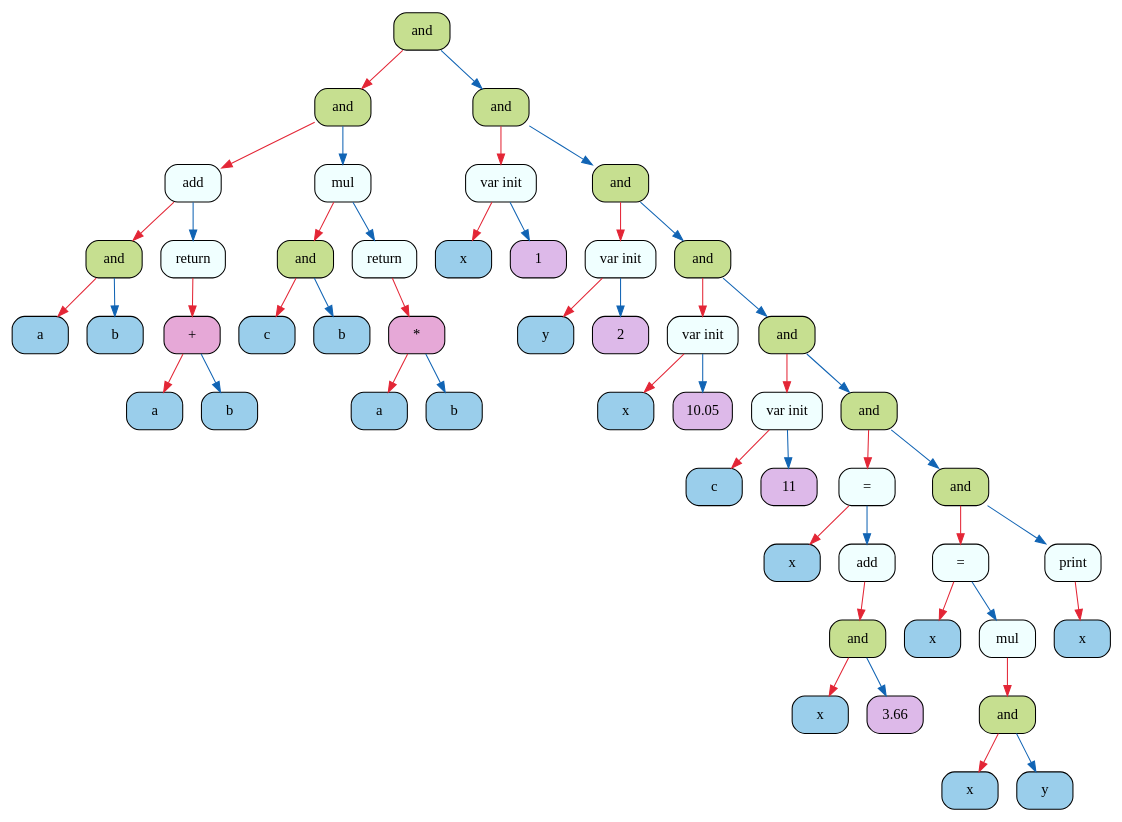
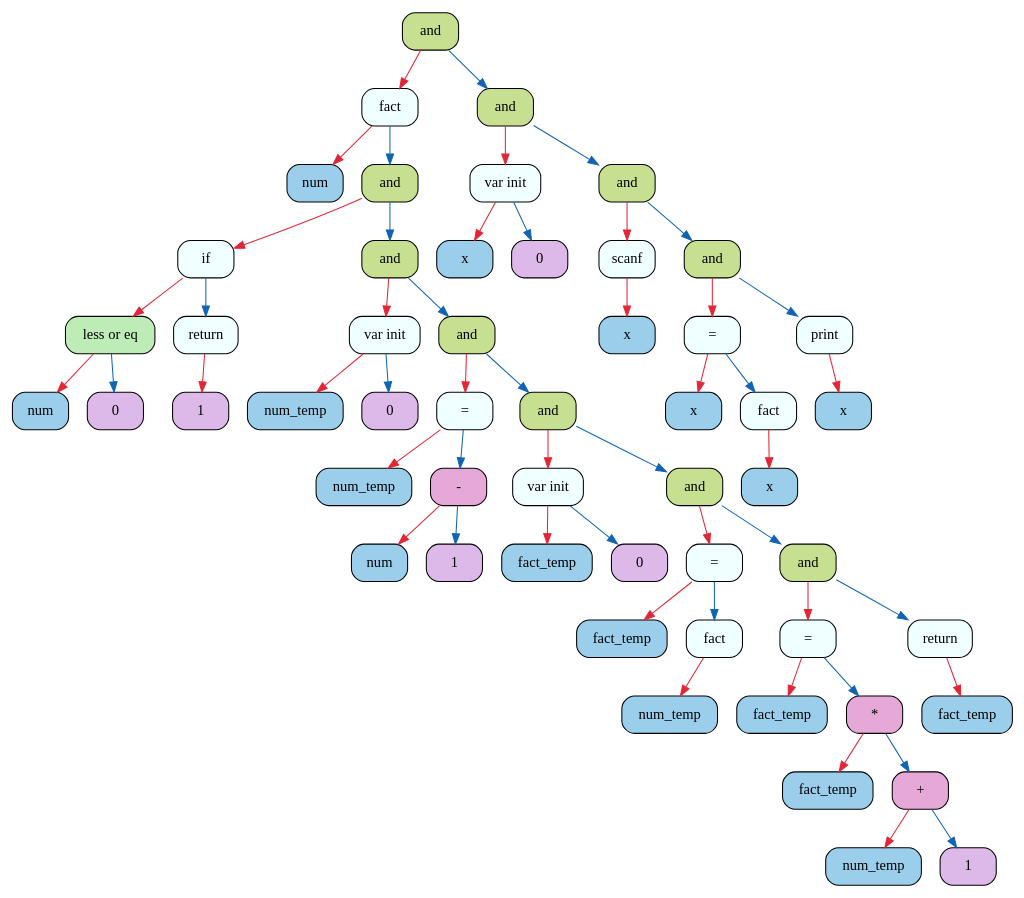
Before and after one commit to 2APetrin/MIPT_language: the diagram in frontend/logs/log_graphviz.dot, drawn with Graphviz. The commit also changed 50 other files, not shown here.

```diff
--- a/frontend/logs/log_graphviz.dot
+++ b/frontend/logs/log_graphviz.dot
@@ -1,102 +1,108 @@
 digraph
 {
+    node_0x606000001700[shape = Mrecord, label = "{{and}}", style = "filled", fillcolor = "#C6DF90"];
+    node_0x606000001a60[shape = Mrecord, label = "{{fact}}", style = "filled", fillcolor = "#F0FFFF"];
+    node_0x606000001ac0[shape = Mrecord, label = "{{num}}", style = "filled", fillcolor = "#9ACEEB"];
+    node_0x606000001b20[shape = Mrecord, label = "{{and}}", style = "filled", fillcolor = "#C6DF90"];
+    node_0x606000001b80[shape = Mrecord, label = "{{if}}", style = "filled", fillcolor = "#F0FFFF"];
+    node_0x606000001be0[shape = Mrecord, label = "{{less or eq}}", style = "filled", fillcolor = "#BDECB6"];
+    node_0x606000001c40[shape = Mrecord, label = "{{num}}", style = "filled", fillcolor = "#9ACEEB"];
+    node_0x606000001ca0[shape = Mrecord, label = "{{0}}", style = "filled", fillcolor = "#DDB9E9"];
+    node_0x606000001d00[shape = Mrecord, label = "{{return}}", style = "filled", fillcolor = "#F0FFFF"];
+    node_0x606000001d60[shape = Mrecord, label = "{{1}}", style = "filled", fillcolor = "#DDB9E9"];
+    node_0x606000001dc0[shape = Mrecord, label = "{{and}}", style = "filled", fillcolor = "#C6DF90"];
+    node_0x606000001e20[shape = Mrecord, label = "{{var init}}", style = "filled", fillcolor = "#F0FFFF"];
+    node_0x606000001e80[shape = Mrecord, label = "{{num_temp}}", style = "filled", fillcolor = "#9ACEEB"];
+    node_0x606000001ee0[shape = Mrecord, label = "{{0}}", style = "filled", fillcolor = "#DDB9E9"];
+    node_0x606000001f40[shape = Mrecord, label = "{{and}}", style = "filled", fillcolor = "#C6DF90"];
+    node_0x606000001fa0[shape = Mrecord, label = "{{=}}", style = "filled", fillcolor = "#F0FFFF"];
+    node_0x606000002000[shape = Mrecord, label = "{{num_temp}}", style = "filled", fillcolor = "#9ACEEB"];
+    node_0x606000002060[shape = Mrecord, label = "{{-}}", style = "filled", fillcolor = "#E6A8D7"];
+    node_0x6060000020c0[shape = Mrecord, label = "{{num}}", style = "filled", fillcolor = "#9ACEEB"];
+    node_0x606000002120[shape = Mrecord, label = "{{1}}", style = "filled", fillcolor = "#DDB9E9"];
+    node_0x606000002180[shape = Mrecord, label = "{{and}}", style = "filled", fillcolor = "#C6DF90"];
+    node_0x6060000021e0[shape = Mrecord, label = "{{var init}}", style = "filled", fillcolor = "#F0FFFF"];
+    node_0x606000002240[shape = Mrecord, label = "{{fact_temp}}", style = "filled", fillcolor = "#9ACEEB"];
+    node_0x6060000022a0[shape = Mrecord, label = "{{0}}", style = "filled", fillcolor = "#DDB9E9"];
+    node_0x606000002300[shape = Mrecord, label = "{{and}}", style = "filled", fillcolor = "#C6DF90"];
+    node_0x606000002360[shape = Mrecord, label = "{{=}}", style = "filled", fillcolor = "#F0FFFF"];
+    node_0x6060000023c0[shape = Mrecord, label = "{{fact_temp}}", style = "filled", fillcolor = "#9ACEEB"];
+    node_0x606000002420[shape = Mrecord, label = "{{fact}}", style = "filled", fillcolor = "#F0FFFF"];
+    node_0x606000002480[shape = Mrecord, label = "{{num_temp}}", style = "filled", fillcolor = "#9ACEEB"];
+    node_0x6060000024e0[shape = Mrecord, label = "{{and}}", style = "filled", fillcolor = "#C6DF90"];
+    node_0x606000002540[shape = Mrecord, label = "{{=}}", style = "filled", fillcolor = "#F0FFFF"];
+    node_0x6060000025a0[shape = Mrecord, label = "{{fact_temp}}", style = "filled", fillcolor = "#9ACEEB"];
+    node_0x606000002600[shape = Mrecord, label = "{{*}}", style = "filled", fillcolor = "#E6A8D7"];
+    node_0x606000002660[shape = Mrecord, label = "{{fact_temp}}", style = "filled", fillcolor = "#9ACEEB"];
+    node_0x6060000026c0[shape = Mrecord, label = "{{+}}", style = "filled", fillcolor = "#E6A8D7"];
+    node_0x606000002720[shape = Mrecord, label = "{{num_temp}}", style = "filled", fillcolor = "#9ACEEB"];
+    node_0x606000002780[shape = Mrecord, label = "{{1}}", style = "filled", fillcolor = "#DDB9E9"];
+    node_0x6060000027e0[shape = Mrecord, label = "{{return}}", style = "filled", fillcolor = "#F0FFFF"];
+    node_0x606000002840[shape = Mrecord, label = "{{fact_temp}}", style = "filled", fillcolor = "#9ACEEB"];
+    node_0x6060000016a0[shape = Mrecord, label = "{{and}}", style = "filled", fillcolor = "#C6DF90"];
+    node_0x606000001160[shape = Mrecord, label = "{{var init}}", style = "filled", fillcolor = "#F0FFFF"];
+    node_0x6060000010a0[shape = Mrecord, label = "{{x}}", style = "filled", fillcolor = "#9ACEEB"];
+    node_0x606000001100[shape = Mrecord, label = "{{0}}", style = "filled", fillcolor = "#DDB9E9"];
     node_0x606000001640[shape = Mrecord, label = "{{and}}", style = "filled", fillcolor = "#C6DF90"];
-    node_0x606000000800[shape = Mrecord, label = "{{and}}", style = "filled", fillcolor = "#C6DF90"];
-    node_0x606000000380[shape = Mrecord, label = "{{add}}", style = "filled", fillcolor = "#F0FFFF"];
-    node_0x606000000140[shape = Mrecord, label = "{{and}}", style = "filled", fillcolor = "#C6DF90"];
-    node_0x606000000020[shape = Mrecord, label = "{{a}}", style = "filled", fillcolor = "#9ACEEB"];
-    node_0x6060000016a0[shape = Mrecord, label = "{{b}}", style = "filled", fillcolor = "#9ACEEB"];
-    node_0x606000001700[shape = Mrecord, label = "{{return}}", style = "filled", fillcolor = "#F0FFFF"];
-    node_0x606000001760[shape = Mrecord, label = "{{+}}", style = "filled", fillcolor = "#E6A8D7"];
-    node_0x6060000017c0[shape = Mrecord, label = "{{a}}", style = "filled", fillcolor = "#9ACEEB"];
-    node_0x606000001820[shape = Mrecord, label = "{{b}}", style = "filled", fillcolor = "#9ACEEB"];
-    node_0x606000001a60[shape = Mrecord, label = "{{mul}}", style = "filled", fillcolor = "#F0FFFF"];
-    node_0x606000001ac0[shape = Mrecord, label = "{{and}}", style = "filled", fillcolor = "#C6DF90"];
-    node_0x606000001b20[shape = Mrecord, label = "{{c}}", style = "filled", fillcolor = "#9ACEEB"];
-    node_0x606000001b80[shape = Mrecord, label = "{{b}}", style = "filled", fillcolor = "#9ACEEB"];
-    node_0x606000001be0[shape = Mrecord, label = "{{return}}", style = "filled", fillcolor = "#F0FFFF"];
-    node_0x606000001c40[shape = Mrecord, label = "{{*}}", style = "filled", fillcolor = "#E6A8D7"];
-    node_0x606000001ca0[shape = Mrecord, label = "{{a}}", style = "filled", fillcolor = "#9ACEEB"];
-    node_0x606000001d00[shape = Mrecord, label = "{{b}}", style = "filled", fillcolor = "#9ACEEB"];
+    node_0x606000001220[shape = Mrecord, label = "{{scanf}}", style = "filled", fillcolor = "#F0FFFF"];
+    node_0x6060000011c0[shape = Mrecord, label = "{{x}}", style = "filled", fillcolor = "#9ACEEB"];
     node_0x6060000015e0[shape = Mrecord, label = "{{and}}", style = "filled", fillcolor = "#C6DF90"];
-    node_0x606000000920[shape = Mrecord, label = "{{var init}}", style = "filled", fillcolor = "#F0FFFF"];
-    node_0x606000000860[shape = Mrecord, label = "{{x}}", style = "filled", fillcolor = "#9ACEEB"];
-    node_0x6060000008c0[shape = Mrecord, label = "{{1}}", style = "filled", fillcolor = "#DDB9E9"];
-    node_0x606000001580[shape = Mrecord, label = "{{and}}", style = "filled", fillcolor = "#C6DF90"];
-    node_0x606000000a40[shape = Mrecord, label = "{{var init}}", style = "filled", fillcolor = "#F0FFFF"];
-    node_0x606000000980[shape = Mrecord, label = "{{y}}", style = "filled", fillcolor = "#9ACEEB"];
-    node_0x6060000009e0[shape = Mrecord, label = "{{2}}", style = "filled", fillcolor = "#DDB9E9"];
-    node_0x606000001520[shape = Mrecord, label = "{{and}}", style = "filled", fillcolor = "#C6DF90"];
-    node_0x606000000b60[shape = Mrecord, label = "{{var init}}", style = "filled", fillcolor = "#F0FFFF"];
-    node_0x606000000aa0[shape = Mrecord, label = "{{x}}", style = "filled", fillcolor = "#9ACEEB"];
-    node_0x606000000b00[shape = Mrecord, label = "{{10.05}}", style = "filled", fillcolor = "#DDB9E9"];
-    node_0x6060000014c0[shape = Mrecord, label = "{{and}}", style = "filled", fillcolor = "#C6DF90"];
-    node_0x606000000c80[shape = Mrecord, label = "{{var init}}", style = "filled", fillcolor = "#F0FFFF"];
-    node_0x606000000bc0[shape = Mrecord, label = "{{c}}", style = "filled", fillcolor = "#9ACEEB"];
-    node_0x606000000c20[shape = Mrecord, label = "{{11}}", style = "filled", fillcolor = "#DDB9E9"];
-    node_0x606000001460[shape = Mrecord, label = "{{and}}", style = "filled", fillcolor = "#C6DF90"];
-    node_0x606000000f80[shape = Mrecord, label = "{{=}}", style = "filled", fillcolor = "#F0FFFF"];
-    node_0x606000000ce0[shape = Mrecord, label = "{{x}}", style = "filled", fillcolor = "#9ACEEB"];
-    node_0x606000001dc0[shape = Mrecord, label = "{{add}}", style = "filled", fillcolor = "#F0FFFF"];
-    node_0x606000001e20[shape = Mrecord, label = "{{and}}", style = "filled", fillcolor = "#C6DF90"];
-    node_0x606000001e80[shape = Mrecord, label = "{{x}}", style = "filled", fillcolor = "#9ACEEB"];
-    node_0x606000001ee0[shape = Mrecord, label = "{{3.66}}", style = "filled", fillcolor = "#DDB9E9"];
-    node_0x606000001400[shape = Mrecord, label = "{{and}}", style = "filled", fillcolor = "#C6DF90"];
-    node_0x606000001280[shape = Mrecord, label = "{{=}}", style = "filled", fillcolor = "#F0FFFF"];
-    node_0x606000000fe0[shape = Mrecord, label = "{{x}}", style = "filled", fillcolor = "#9ACEEB"];
-    node_0x606000001fa0[shape = Mrecord, label = "{{mul}}", style = "filled", fillcolor = "#F0FFFF"];
-    node_0x606000002000[shape = Mrecord, label = "{{and}}", style = "filled", fillcolor = "#C6DF90"];
-    node_0x606000002060[shape = Mrecord, label = "{{x}}", style = "filled", fillcolor = "#9ACEEB"];
-    node_0x6060000020c0[shape = Mrecord, label = "{{y}}", style = "filled", fillcolor = "#9ACEEB"];
-    node_0x606000002120[shape = Mrecord, label = "{{print}}", style = "filled", fillcolor = "#F0FFFF"];
-    node_0x606000002180[shape = Mrecord, label = "{{x}}", style = "filled", fillcolor = "#9ACEEB"];
-    node_0x606000001640->node_0x606000000800 [color = "#E32636"];
-    node_0x606000000800->node_0x606000000380 [color = "#E32636"];
-    node_0x606000000380->node_0x606000000140 [color = "#E32636"];
-    node_0x606000000140->node_0x606000000020 [color = "#E32636"];
-    node_0x606000000140->node_0x6060000016a0 [color = "#1164B4"];
-    node_0x606000000380->node_0x606000001700 [color = "#1164B4"];
-    node_0x606000001700->node_0x606000001760 [color = "#E32636"];
-    node_0x606000001760->node_0x6060000017c0 [color = "#E32636"];
-    node_0x606000001760->node_0x606000001820 [color = "#1164B4"];
-    node_0x606000000800->node_0x606000001a60 [color = "#1164B4"];
+    node_0x606000001460[shape = Mrecord, label = "{{=}}", style = "filled", fillcolor = "#F0FFFF"];
+    node_0x606000001280[shape = Mrecord, label = "{{x}}", style = "filled", fillcolor = "#9ACEEB"];
+    node_0x606000002900[shape = Mrecord, label = "{{fact}}", style = "filled", fillcolor = "#F0FFFF"];
+    node_0x606000002960[shape = Mrecord, label = "{{x}}", style = "filled", fillcolor = "#9ACEEB"];
+    node_0x6060000029c0[shape = Mrecord, label = "{{print}}", style = "filled", fillcolor = "#F0FFFF"];
+    node_0x606000002a20[shape = Mrecord, label = "{{x}}", style = "filled", fillcolor = "#9ACEEB"];
+    node_0x606000001700->node_0x606000001a60 [color = "#E32636"];
     node_0x606000001a60->node_0x606000001ac0 [color = "#E32636"];
-    node_0x606000001ac0->node_0x606000001b20 [color = "#E32636"];
-    node_0x606000001ac0->node_0x606000001b80 [color = "#1164B4"];
-    node_0x606000001a60->node_0x606000001be0 [color = "#1164B4"];
+    node_0x606000001a60->node_0x606000001b20 [color = "#1164B4"];
+    node_0x606000001b20->node_0x606000001b80 [color = "#E32636"];
+    node_0x606000001b80->node_0x606000001be0 [color = "#E32636"];
     node_0x606000001be0->node_0x606000001c40 [color = "#E32636"];
-    node_0x606000001c40->node_0x606000001ca0 [color = "#E32636"];
-    node_0x606000001c40->node_0x606000001d00 [color = "#1164B4"];
-    node_0x606000001640->node_0x6060000015e0 [color = "#1164B4"];
-    node_0x6060000015e0->node_0x606000000920 [color = "#E32636"];
-    node_0x606000000920->node_0x606000000860 [color = "#E32636"];
-    node_0x606000000920->node_0x6060000008c0 [color = "#1164B4"];
-    node_0x6060000015e0->node_0x606000001580 [color = "#1164B4"];
-    node_0x606000001580->node_0x606000000a40 [color = "#E32636"];
-    node_0x606000000a40->node_0x606000000980 [color = "#E32636"];
-    node_0x606000000a40->node_0x6060000009e0 [color = "#1164B4"];
-    node_0x606000001580->node_0x606000001520 [color = "#1164B4"];
-    node_0x606000001520->node_0x606000000b60 [color = "#E32636"];
-    node_0x606000000b60->node_0x606000000aa0 [color = "#E32636"];
-    node_0x606000000b60->node_0x606000000b00 [color = "#1164B4"];
-    node_0x606000001520->node_0x6060000014c0 [color = "#1164B4"];
-    node_0x6060000014c0->node_0x606000000c80 [color = "#E32636"];
-    node_0x606000000c80->node_0x606000000bc0 [color = "#E32636"];
-    node_0x606000000c80->node_0x606000000c20 [color = "#1164B4"];
-    node_0x6060000014c0->node_0x606000001460 [color = "#1164B4"];
-    node_0x606000001460->node_0x606000000f80 [color = "#E32636"];
-    node_0x606000000f80->node_0x606000000ce0 [color = "#E32636"];
-    node_0x606000000f80->node_0x606000001dc0 [color = "#1164B4"];
+    node_0x606000001be0->node_0x606000001ca0 [color = "#1164B4"];
+    node_0x606000001b80->node_0x606000001d00 [color = "#1164B4"];
+    node_0x606000001d00->node_0x606000001d60 [color = "#E32636"];
+    node_0x606000001b20->node_0x606000001dc0 [color = "#1164B4"];
     node_0x606000001dc0->node_0x606000001e20 [color = "#E32636"];
     node_0x606000001e20->node_0x606000001e80 [color = "#E32636"];
     node_0x606000001e20->node_0x606000001ee0 [color = "#1164B4"];
-    node_0x606000001460->node_0x606000001400 [color = "#1164B4"];
-    node_0x606000001400->node_0x606000001280 [color = "#E32636"];
-    node_0x606000001280->node_0x606000000fe0 [color = "#E32636"];
-    node_0x606000001280->node_0x606000001fa0 [color = "#1164B4"];
+    node_0x606000001dc0->node_0x606000001f40 [color = "#1164B4"];
+    node_0x606000001f40->node_0x606000001fa0 [color = "#E32636"];
     node_0x606000001fa0->node_0x606000002000 [color = "#E32636"];
-    node_0x606000002000->node_0x606000002060 [color = "#E32636"];
-    node_0x606000002000->node_0x6060000020c0 [color = "#1164B4"];
-    node_0x606000001400->node_0x606000002120 [color = "#1164B4"];
-    node_0x606000002120->node_0x606000002180 [color = "#E32636"];
+    node_0x606000001fa0->node_0x606000002060 [color = "#1164B4"];
+    node_0x606000002060->node_0x6060000020c0 [color = "#E32636"];
+    node_0x606000002060->node_0x606000002120 [color = "#1164B4"];
+    node_0x606000001f40->node_0x606000002180 [color = "#1164B4"];
+    node_0x606000002180->node_0x6060000021e0 [color = "#E32636"];
+    node_0x6060000021e0->node_0x606000002240 [color = "#E32636"];
+    node_0x6060000021e0->node_0x6060000022a0 [color = "#1164B4"];
+    node_0x606000002180->node_0x606000002300 [color = "#1164B4"];
+    node_0x606000002300->node_0x606000002360 [color = "#E32636"];
+    node_0x606000002360->node_0x6060000023c0 [color = "#E32636"];
+    node_0x606000002360->node_0x606000002420 [color = "#1164B4"];
+    node_0x606000002420->node_0x606000002480 [color = "#E32636"];
+    node_0x606000002300->node_0x6060000024e0 [color = "#1164B4"];
+    node_0x6060000024e0->node_0x606000002540 [color = "#E32636"];
+    node_0x606000002540->node_0x6060000025a0 [color = "#E32636"];
+    node_0x606000002540->node_0x606000002600 [color = "#1164B4"];
+    node_0x606000002600->node_0x606000002660 [color = "#E32636"];
+    node_0x606000002600->node_0x6060000026c0 [color = "#1164B4"];
+    node_0x6060000026c0->node_0x606000002720 [color = "#E32636"];
+    node_0x6060000026c0->node_0x606000002780 [color = "#1164B4"];
+    node_0x6060000024e0->node_0x6060000027e0 [color = "#1164B4"];
+    node_0x6060000027e0->node_0x606000002840 [color = "#E32636"];
+    node_0x606000001700->node_0x6060000016a0 [color = "#1164B4"];
+    node_0x6060000016a0->node_0x606000001160 [color = "#E32636"];
+    node_0x606000001160->node_0x6060000010a0 [color = "#E32636"];
+    node_0x606000001160->node_0x606000001100 [color = "#1164B4"];
+    node_0x6060000016a0->node_0x606000001640 [color = "#1164B4"];
+    node_0x606000001640->node_0x606000001220 [color = "#E32636"];
+    node_0x606000001220->node_0x6060000011c0 [color = "#E32636"];
+    node_0x606000001640->node_0x6060000015e0 [color = "#1164B4"];
+    node_0x6060000015e0->node_0x606000001460 [color = "#E32636"];
+    node_0x606000001460->node_0x606000001280 [color = "#E32636"];
+    node_0x606000001460->node_0x606000002900 [color = "#1164B4"];
+    node_0x606000002900->node_0x606000002960 [color = "#E32636"];
+    node_0x6060000015e0->node_0x6060000029c0 [color = "#1164B4"];
+    node_0x6060000029c0->node_0x606000002a20 [color = "#E32636"];
 }
```
